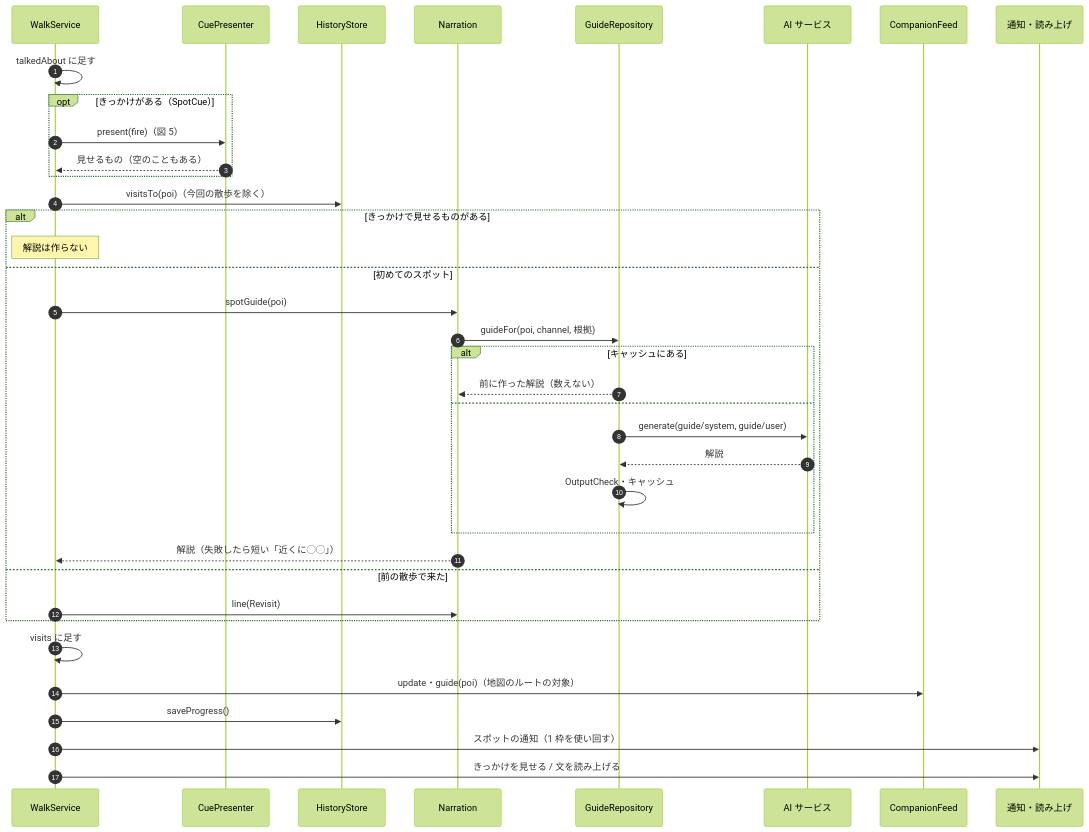
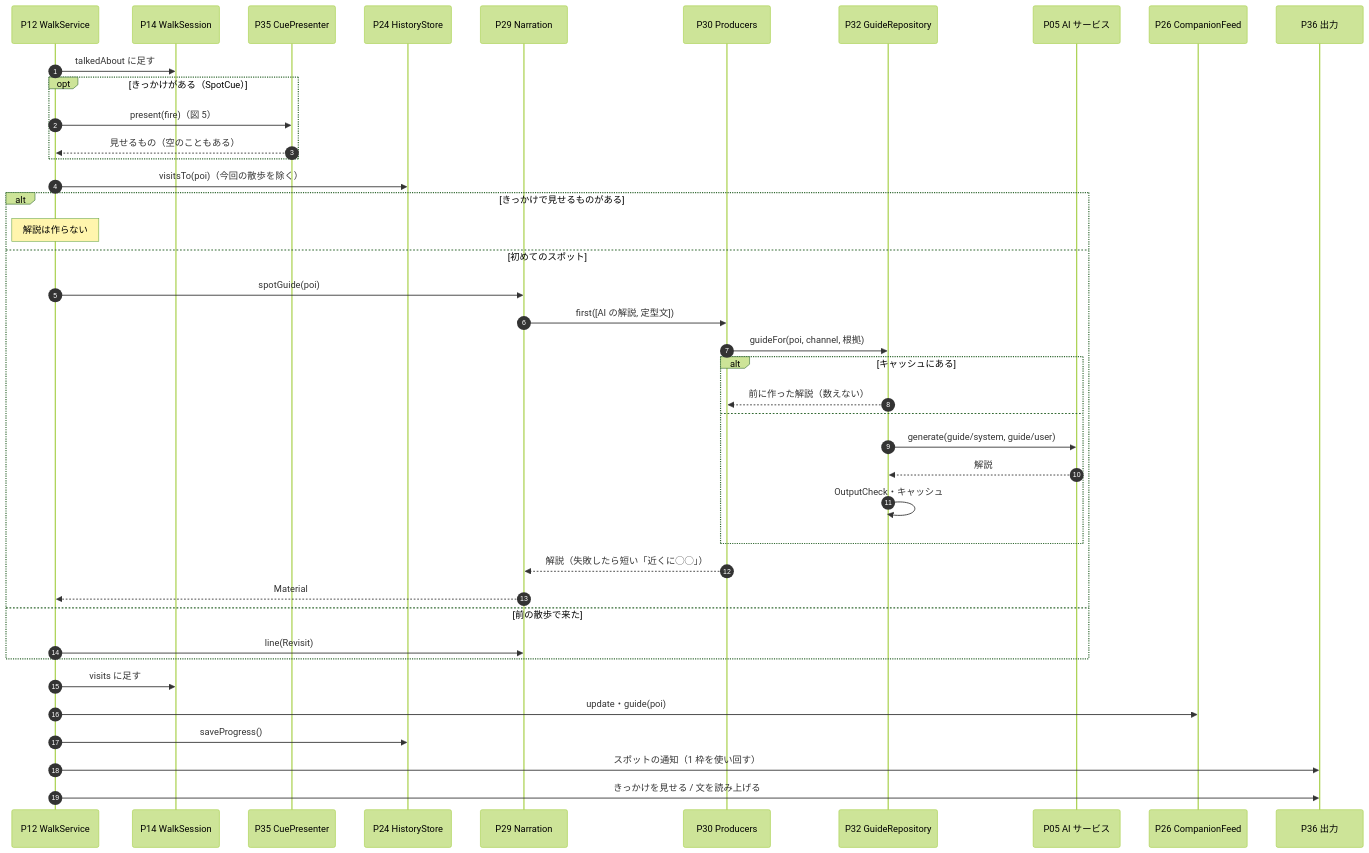
Before and after one commit to duwenji/yorisoi-sanpoguide: the fourth of 9 diagrams in docs/sequences.md, drawn with Mermaid (forest theme). The commit also changed other lines of this file, not shown here.

First line of the commit message:
docs: detail each step of the sequence diagrams

````diff
--- a/docs/sequences.md
+++ b/docs/sequences.md
@@ -155,40 +270,44 @@
 ```mermaid
 sequenceDiagram
   autonumber
-  participant WS as WalkService
-  participant Cue as CuePresenter
-  participant Hist as HistoryStore
-  participant Nar as Narration
-  participant GR as GuideRepository
-  participant AI as AI サービス
-  participant Feed as CompanionFeed
-  participant Out as 通知・読み上げ
+  participant WS as P12 WalkService
+  participant Sess as P14 WalkSession
+  participant Cue as P35 CuePresenter
+  participant Hist as P24 HistoryStore
+  participant Nar as P29 Narration
+  participant Prod as P30 Producers
+  participant GR as P32 GuideRepository
+  participant AI as P05 AI サービス
+  participant Feed as P26 CompanionFeed
+  participant Out as P36 出力
 
-  WS->>WS: talkedAbout に足す
+  WS->>Sess: talkedAbout に足す
   opt きっかけがある（SpotCue）
     WS->>Cue: present(fire)（図 5）
     Cue-->>WS: 見せるもの（空のこともある）
   end
   WS->>Hist: visitsTo(poi)（今回の散歩を除く）
   alt きっかけで見せるものがある
     Note over WS: 解説は作らない
   else 初めてのスポット
     WS->>Nar: spotGuide(poi)
-    Nar->>GR: guideFor(poi, channel, 根拠)
+    Nar->>Prod: first([AI の解説, 定型文])
+    Prod->>GR: guideFor(poi, channel, 根拠)
     alt キャッシュにある
-      GR-->>Nar: 前に作った解説（数えない）
+      GR-->>Prod: 前に作った解説（数えない）
     else
       GR->>AI: generate(guide/system, guide/user)
       AI-->>GR: 解説
       GR->>GR: OutputCheck・キャッシュ
     end
-    Nar-->>WS: 解説（失敗したら短い「近くに◯◯」）
+    Prod-->>Nar: 解説（失敗したら短い「近くに◯◯」）
+    Nar-->>WS: Material
   else 前の散歩で来た
     WS->>Nar: line(Revisit)
   end
-  WS->>WS: visits に足す
-  WS->>Feed: update・guide(poi)（地図のルートの対象）
+  WS->>Sess: visits に足す
+  WS->>Feed: update・guide(poi)
   WS->>Hist: saveProgress()
   WS->>Out: スポットの通知（1 枠を使い回す）
   WS->>Out: きっかけを見せる / 文を読み上げる
 ```
````
